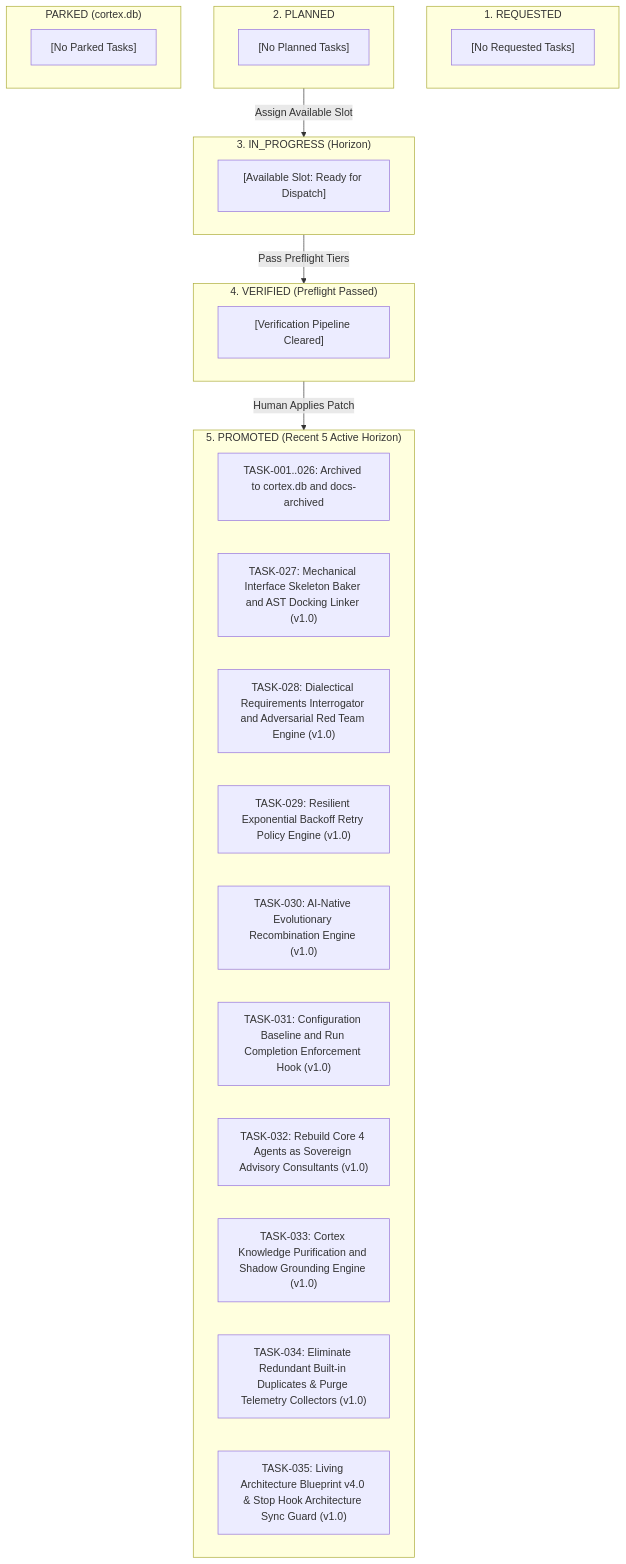
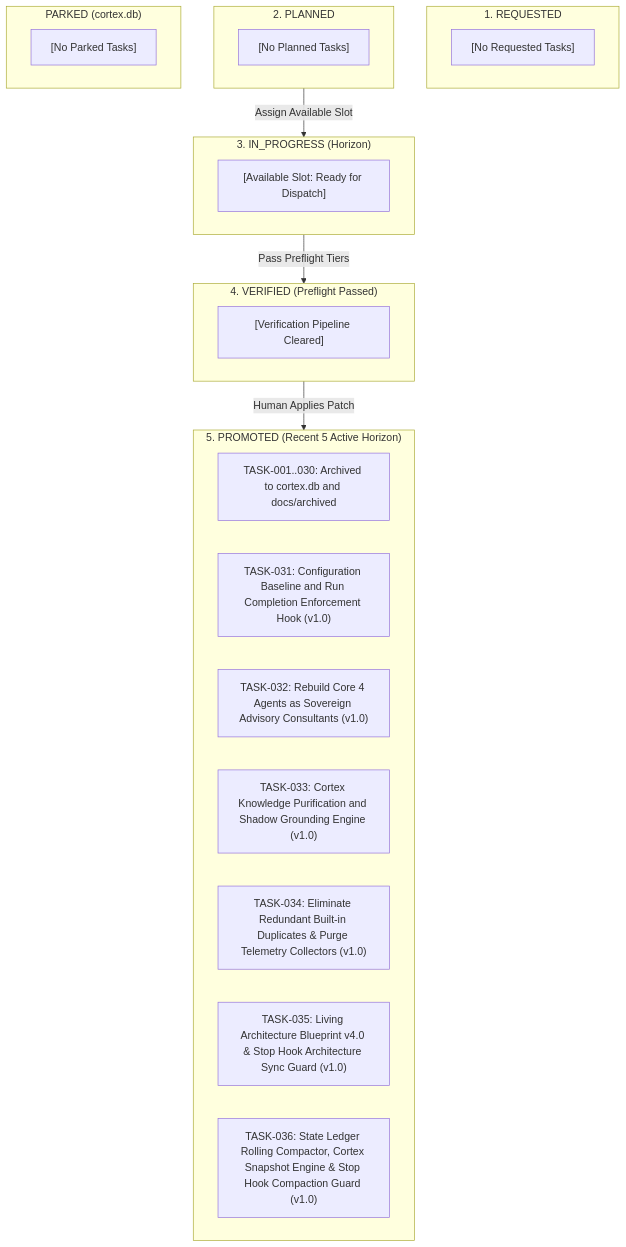
The third of 4 diagrams in docs/active/CURRENT_STATE.md (jinseobhong/antigravity-autopoiesis), drawn with Mermaid before and after one commit. The commit also changed other lines of this file and 8 other files, not shown here.

Commit message:
feat(cortex): implement state ledger rolling compactor and stop hook compaction guard (TASK-036)

````diff
--- a/docs/active/CURRENT_STATE.md
+++ b/docs/active/CURRENT_STATE.md
@@ -122,39 +130,36 @@
 ```mermaid
 flowchart TD
     subgraph ColRequested ["1. REQUESTED"]
         REQ_100["[No Requested Tasks]"]
     end
 
     subgraph ColPlanned ["2. PLANNED"]
         PLN_100["[No Planned Tasks]"]
     end
 
     subgraph ColParked ["PARKED (cortex.db)"]
         PRK_100["[No Parked Tasks]"]
     end
 
     subgraph ColActive ["3. IN_PROGRESS (Horizon)"]
         ACT_100["[Available Slot: Ready for Dispatch]"]
     end
 
     subgraph ColVerified ["4. VERIFIED (Preflight Passed)"]
         VER_100["[Verification Pipeline Cleared]"]
     end
 
     subgraph ColPromoted ["5. PROMOTED (Recent 5 Active Horizon)"]
-        PRM_ARCH["TASK-001..026: Archived to cortex.db and docs-archived"]
-        PRM_127["TASK-027: Mechanical Interface Skeleton Baker and AST Docking Linker (v1.0)"]
-        PRM_128["TASK-028: Dialectical Requirements Interrogator and Adversarial Red Team Engine (v1.0)"]
-        PRM_129["TASK-029: Resilient Exponential Backoff Retry Policy Engine (v1.0)"]
-        PRM_130["TASK-030: AI-Native Evolutionary Recombination Engine (v1.0)"]
+        PRM_ARCH["TASK-001..030: Archived to cortex.db and docs/archived"]
         PRM_131["TASK-031: Configuration Baseline and Run Completion Enforcement Hook (v1.0)"]
         PRM_132["TASK-032: Rebuild Core 4 Agents as Sovereign Advisory Consultants (v1.0)"]
         PRM_133["TASK-033: Cortex Knowledge Purification and Shadow Grounding Engine (v1.0)"]
         PRM_134["TASK-034: Eliminate Redundant Built-in Duplicates & Purge Telemetry Collectors (v1.0)"]
         PRM_135["TASK-035: Living Architecture Blueprint v4.0 & Stop Hook Architecture Sync Guard (v1.0)"]
+        PRM_136["TASK-036: State Ledger Rolling Compactor, Cortex Snapshot Engine & Stop Hook Compaction Guard (v1.0)"]
     end
 
     ColPlanned -->|"Assign Available Slot"| ColActive
     ColActive -->|"Pass Preflight Tiers"| ColVerified
     ColVerified -->|"Human Applies Patch"| ColPromoted
 ```
````
